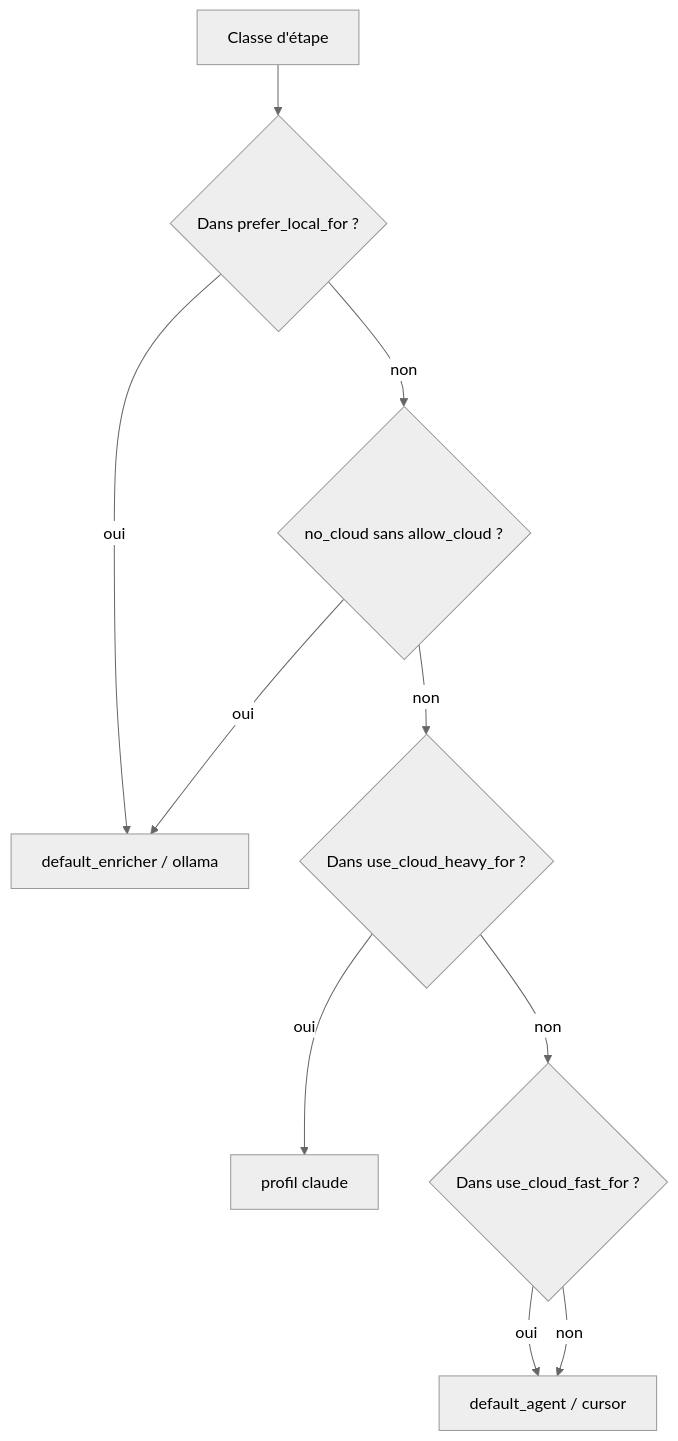
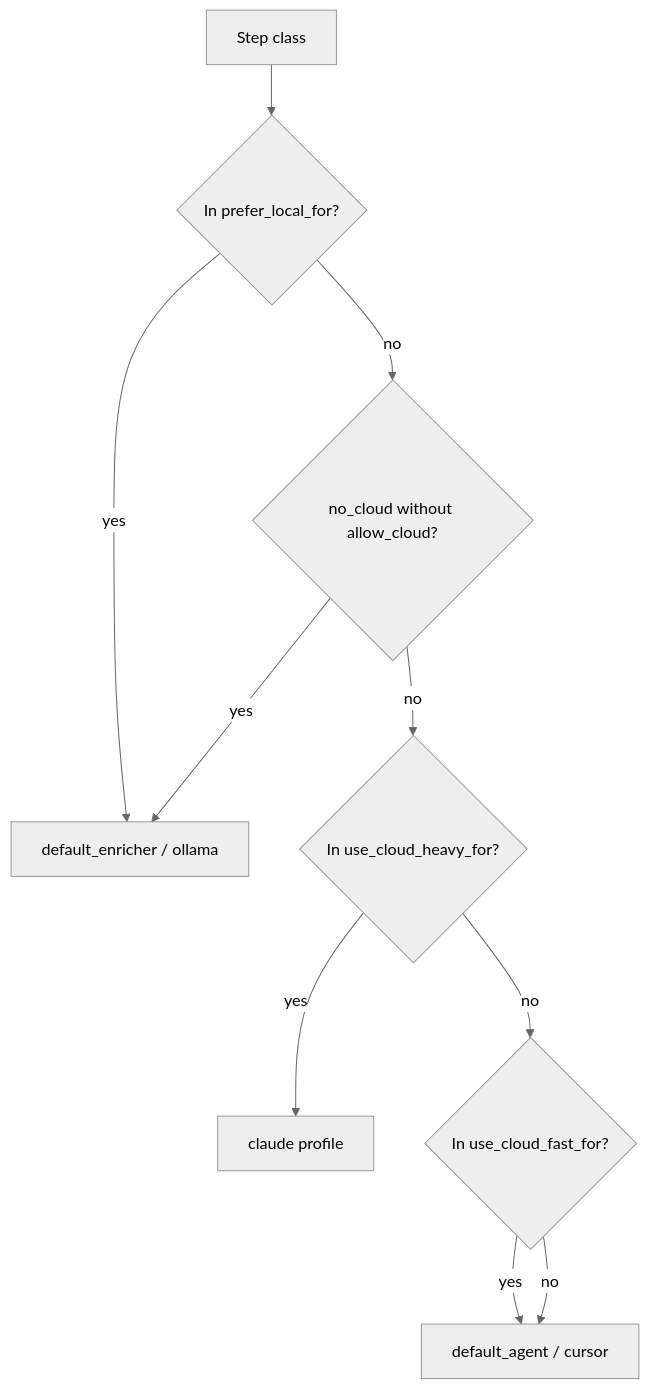
Before and after one commit to LaProgrammerie/asagiri: the diagram in docs-site/content/docs/fr/configuration/routing.mdx, drawn with Mermaid (neutral theme). The commit also changed other lines of this file and 148 other files, not shown here.

````diff
--- a/docs-site/content/docs/fr/configuration/routing.mdx
+++ b/docs-site/content/docs/fr/configuration/routing.mdx
@@ -26,12 +30,12 @@
 ```mermaid
 flowchart TD
-  A[Classe d'étape] --> B{Dans prefer_local_for ?}
-  B -->|oui| C[default_enricher / ollama]
-  B -->|non| D{no_cloud sans allow_cloud ?}
-  D -->|oui| C
-  D -->|non| E{Dans use_cloud_heavy_for ?}
-  E -->|oui| F[profil claude]
-  E -->|non| G{Dans use_cloud_fast_for ?}
-  G -->|oui| H[default_agent / cursor]
-  G -->|non| H
+  A[Step class] --> B{In prefer_local_for?}
+  B -->|yes| C[default_enricher / ollama]
+  B -->|no| D{no_cloud without allow_cloud?}
+  D -->|yes| C
+  D -->|no| E{In use_cloud_heavy_for?}
+  E -->|yes| F[claude profile]
+  E -->|no| G{In use_cloud_fast_for?}
+  G -->|yes| H[default_agent / cursor]
+  G -->|no| H
 ```
````
